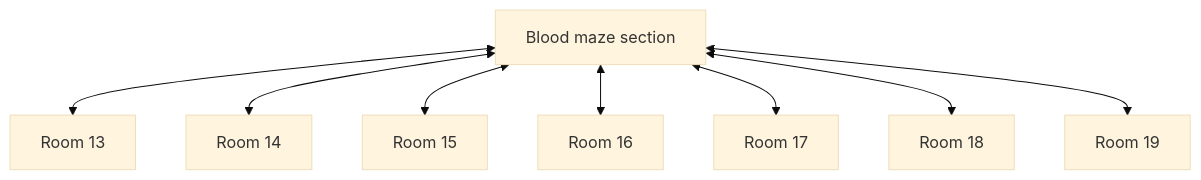
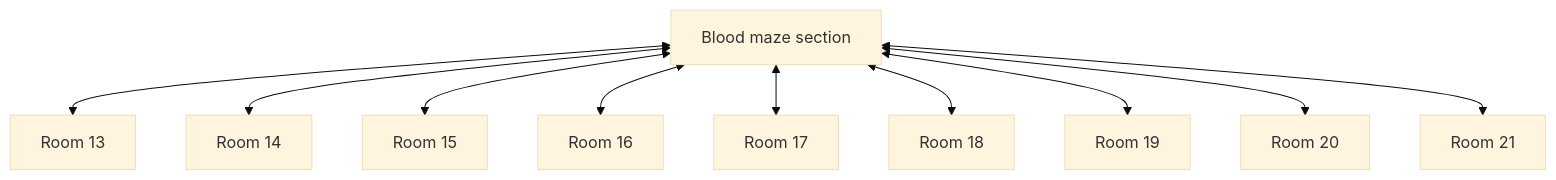
Before and after one commit to SlothBorg/Dungeon23: the fourth of 4 diagrams in Dungeon/Level_03/README.md, drawn with Mermaid (base theme). The commit also changed 4 other files, not shown here.

````diff
--- a/Dungeon/Level_03/README.md
+++ b/Dungeon/Level_03/README.md
@@ -39,11 +39,13 @@
 ```mermaid
 flowchart TD
     Blood[Blood maze section] <-->C13[Room 13]
     Blood <--> C14[Room 14]
     Blood <--> C15[Room 15]
     Blood <--> C16[Room 16]
     Blood <--> C17[Room 17]
     Blood <--> C18[Room 18]
     Blood <--> C19[Room 19]
+    Blood <--> C20[Room 20]
+    Blood <--> C21[Room 21]
 
 ```
````
